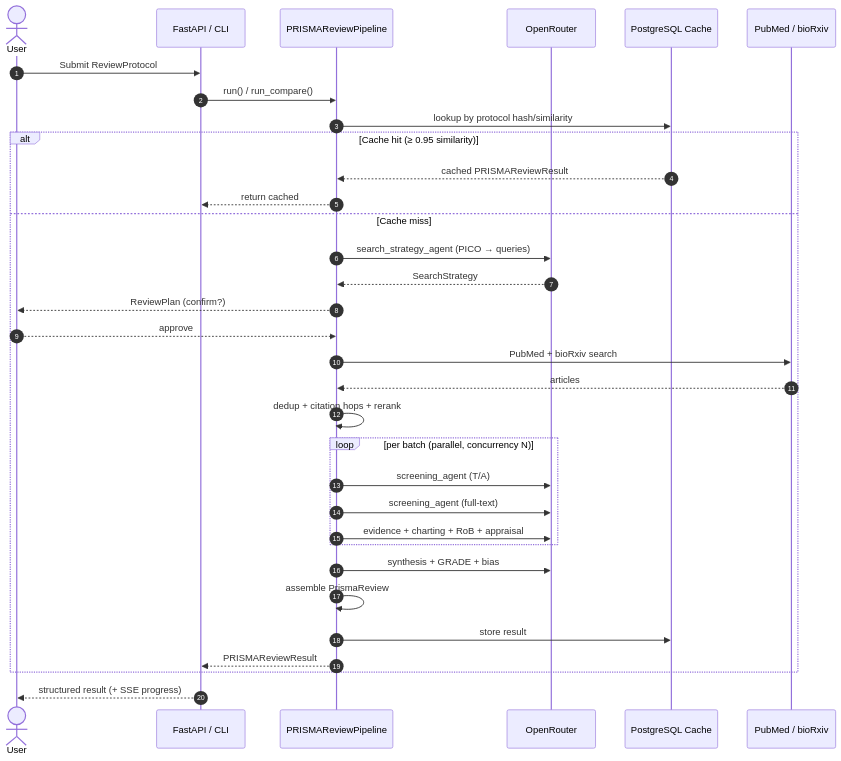
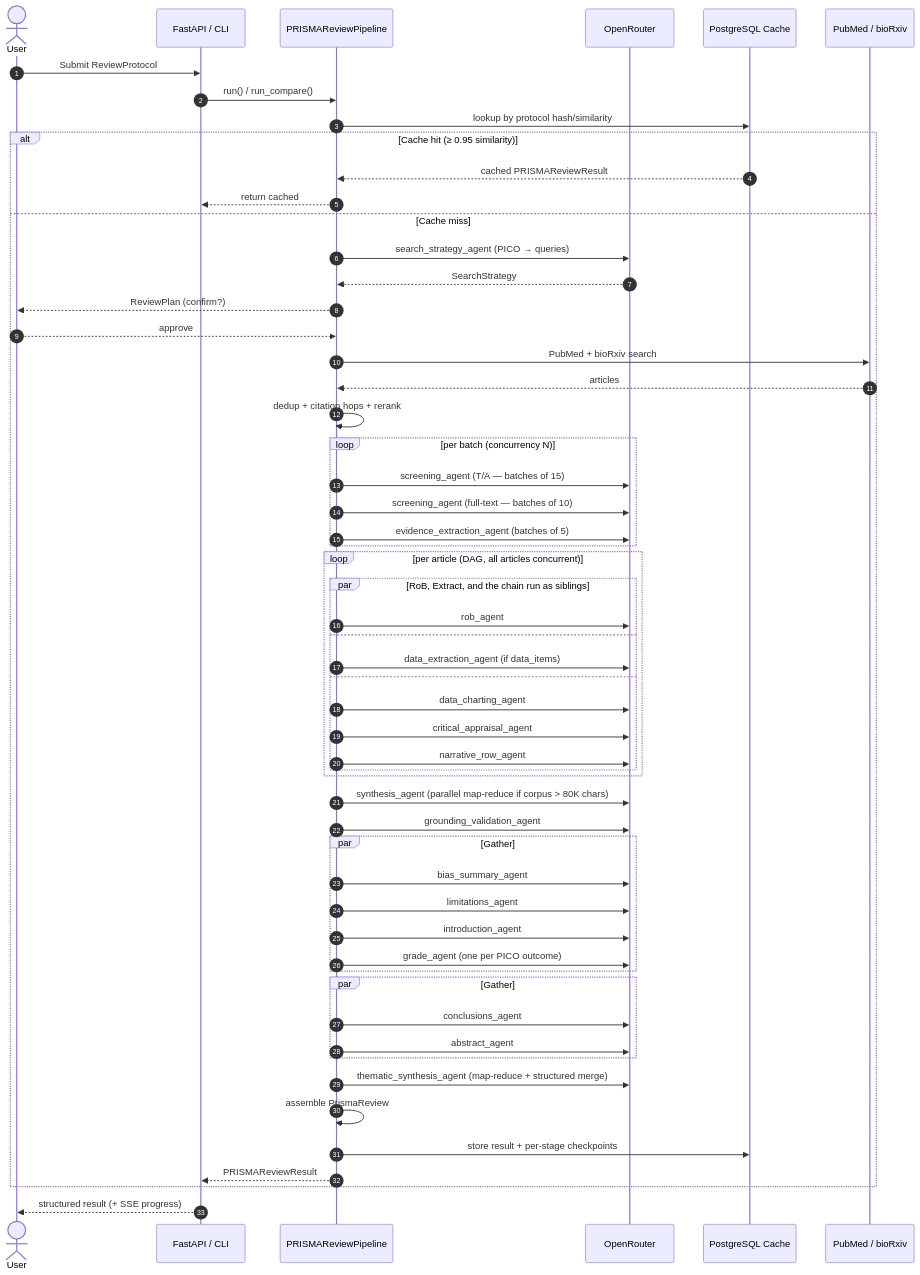
The second of 6 diagrams in docs/architecture.md (sensein/synthscholar), drawn with Mermaid before and after one commit. The commit also changed other lines of this file and 11 other files, not shown here.

First line of the commit message:
Drop merge-introduced duplicates; add per-DB tally + per-disorder synthesis docs and tests

````diff
--- a/docs/architecture.md
+++ b/docs/architecture.md
@@ -88,40 +98,64 @@
 ```{mermaid}
 sequenceDiagram
     autonumber
     actor User
     participant API as FastAPI / CLI
     participant Pipe as PRISMAReviewPipeline
     participant LLM as OpenRouter
     participant Cache as PostgreSQL Cache
     participant Web as PubMed / bioRxiv
 
     User->>API: Submit ReviewProtocol
     API->>Pipe: run() / run_compare()
 
     Pipe->>Cache: lookup by protocol hash/similarity
     alt Cache hit (≥ 0.95 similarity)
         Cache-->>Pipe: cached PRISMAReviewResult
         Pipe-->>API: return cached
     else Cache miss
         Pipe->>LLM: search_strategy_agent (PICO → queries)
         LLM-->>Pipe: SearchStrategy
         Pipe-->>User: ReviewPlan (confirm?)
         User-->>Pipe: approve
         Pipe->>Web: PubMed + bioRxiv search
         Web-->>Pipe: articles
         Pipe->>Pipe: dedup + citation hops + rerank
 
-        loop per batch (parallel, concurrency N)
-            Pipe->>LLM: screening_agent (T/A)
-            Pipe->>LLM: screening_agent (full-text)
-            Pipe->>LLM: evidence + charting + RoB + appraisal
+        loop per batch (concurrency N)
+            Pipe->>LLM: screening_agent (T/A — batches of 15)
+            Pipe->>LLM: screening_agent (full-text — batches of 10)
+            Pipe->>LLM: evidence_extraction_agent (batches of 5)
         end
 
-        Pipe->>LLM: synthesis + GRADE + bias
+        loop per article (DAG, all articles concurrent)
+            par RoB, Extract, and the chain run as siblings
+                Pipe->>LLM: rob_agent
+            and
+                Pipe->>LLM: data_extraction_agent (if data_items)
+            and
+                Pipe->>LLM: data_charting_agent
+                Pipe->>LLM: critical_appraisal_agent
+                Pipe->>LLM: narrative_row_agent
+            end
+        end
+
+        Pipe->>LLM: synthesis_agent (parallel map-reduce if corpus > 80K chars)
+        Pipe->>LLM: grounding_validation_agent
+        par Gather #1
+            Pipe->>LLM: bias_summary_agent
+            Pipe->>LLM: limitations_agent
+            Pipe->>LLM: introduction_agent
+            Pipe->>LLM: grade_agent (one per PICO outcome)
+        end
+        par Gather #2
+            Pipe->>LLM: conclusions_agent
+            Pipe->>LLM: abstract_agent
+        end
+        Pipe->>LLM: thematic_synthesis_agent (map-reduce + structured merge)
         Pipe->>Pipe: assemble PrismaReview
-        Pipe->>Cache: store result
+        Pipe->>Cache: store result + per-stage checkpoints
         Pipe-->>API: PRISMAReviewResult
     end
 
     API-->>User: structured result (+ SSE progress)
 ```
````
